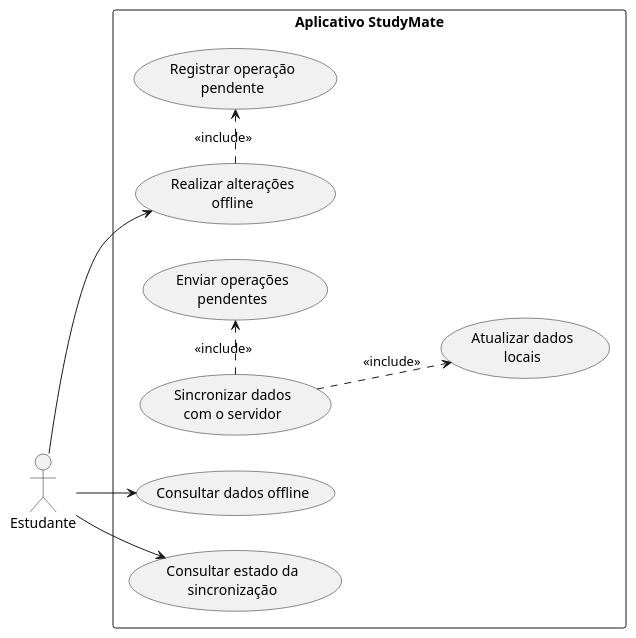
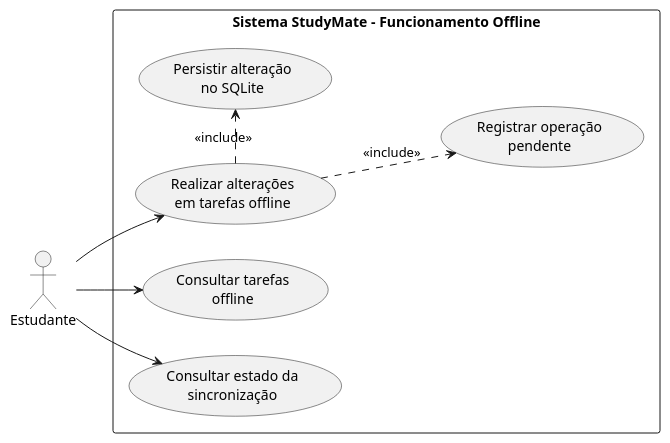
The diagram in docs/use_case_diagram_offline.puml (StudyMate-TG/studymate-app), drawn with PlantUML before and after one commit. The commit also changed 25 other files, not shown here.

```diff
--- a/docs/use_case_diagram_offline.puml
+++ b/docs/use_case_diagram_offline.puml
@@ -1,38 +1,34 @@
 @startuml
 
 left to right direction
 
 skinparam linetype spline
 skinparam nodesep 35
 skinparam ranksep 40
 
 actor Estudante
 
-rectangle "Aplicativo StudyMate" {
+rectangle "Sistema StudyMate - Funcionamento Offline" {
 
-    usecase "Consultar dados offline" as UC16
+    usecase "Consultar tarefas\noffline" as UC16
 
-    usecase "Realizar alterações\noffline" as UC17
-    usecase "Registrar operação\npendente" as UC17A
-
-    usecase "Sincronizar dados\ncom o servidor" as UC18
-    usecase "Enviar operações\npendentes" as UC18A
-    usecase "Atualizar dados\nlocais" as UC18B
+    usecase "Realizar alterações\nem tarefas offline" as UC17
+    usecase "Persistir alteração\nno SQLite" as UC17A
+    usecase "Registrar operação\npendente" as UC17B
 
     usecase "Consultar estado da\nsincronização" as UC19
-    
+
     UC17 -[hidden]right-> UC17A
-    UC18 -[hidden]right-> UC18A
-    UC18A -[hidden]down-> UC18B
+    UC17A -[hidden]down-> UC17B
 
 }
 
 Estudante --> UC16
 Estudante --> UC17
 Estudante --> UC19
 
 UC17 .> UC17A : <<include>>
-UC18 .> UC18A : <<include>>
-UC18 .> UC18B : <<include>>
+UC17 .> UC17B : <<include>>
+
 
 @enduml
```
